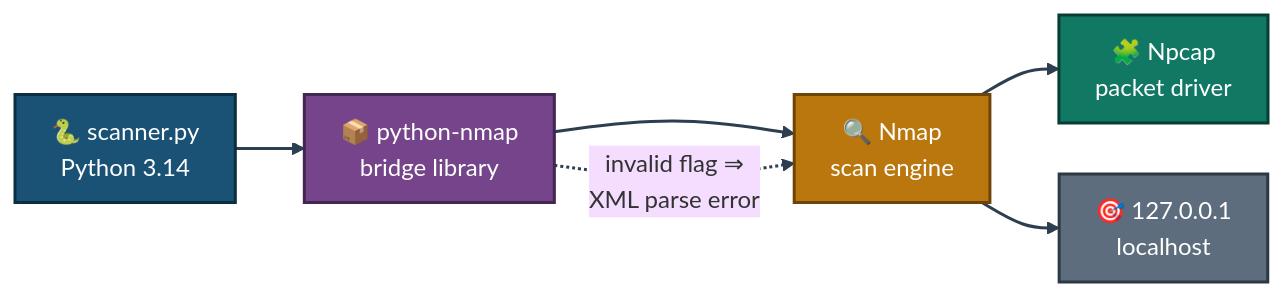
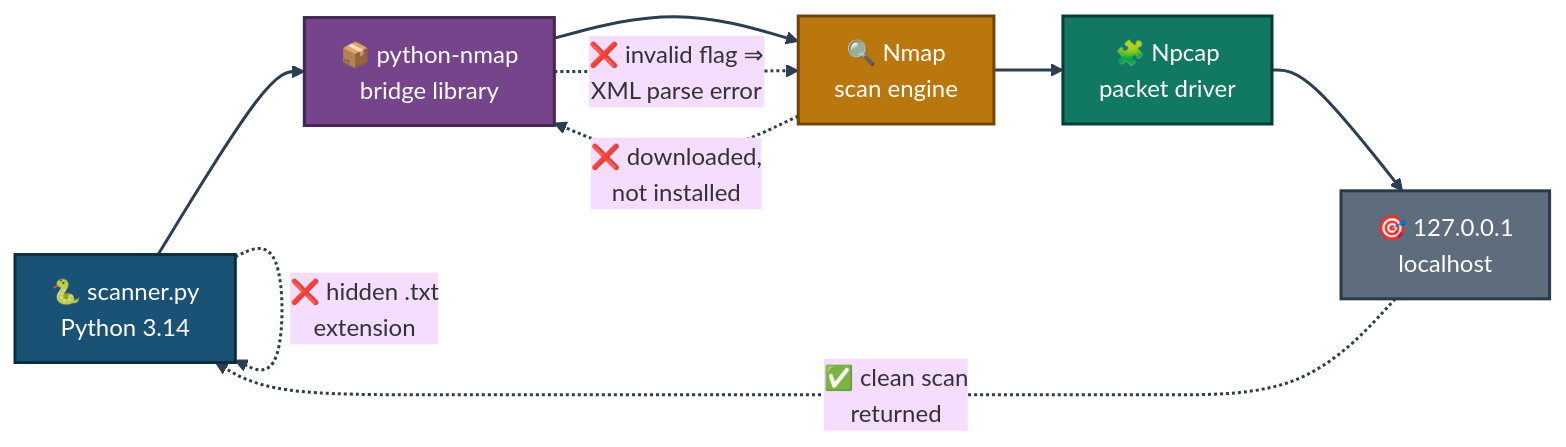
The first of 2 diagrams in 1-Foundational-Projects/project-03-automated-port-scanner/README.md (malaika-azhar/Cybersecurity-Lab-Projects), drawn with Mermaid before and after one commit. The commit also changed other lines of this file, not shown here.

````diff
--- a/1-Foundational-Projects/project-03-automated-port-scanner/README.md
+++ b/1-Foundational-Projects/project-03-automated-port-scanner/README.md
@@ -113,15 +113,18 @@
 ```mermaid
 %%{init: {'theme': 'base', 'themeVariables': {'fontSize': '16px'}, 'flowchart': {'nodeSpacing': 34, 'rankSpacing': 46, 'padding': 12}}}%%
 flowchart LR
     PY["🐍 scanner.py<br/>Python 3.14"]:::py --> LIB["📦 python-nmap<br/>bridge library"]:::lib
     LIB --> NMAP["🔍 Nmap<br/>scan engine"]:::nmap
     NMAP --> NPCAP["🧩 Npcap<br/>packet driver"]:::drv
-    NMAP --> TARGET["🎯 127.0.0.1<br/>localhost"]:::target
-    LIB -.->|"invalid flag ⇒<br/>XML parse error"| NMAP
+    NPCAP --> TARGET["🎯 127.0.0.1<br/>localhost"]:::target
+    PY -.->|"❌ hidden .txt<br/>extension"| PY
+    NMAP -.->|"❌ downloaded,<br/>not installed"| LIB
+    LIB -.->|"❌ invalid flag ⇒<br/>XML parse error"| NMAP
+    TARGET -.->|"✅ clean scan<br/>returned"| PY
     classDef py fill:#1A5276,stroke:#0B2E43,stroke-width:2px,color:#FFFFFF
     classDef lib fill:#76448A,stroke:#432752,stroke-width:2px,color:#FFFFFF
     classDef nmap fill:#B9770E,stroke:#6E4409,stroke-width:2px,color:#FFFFFF
     classDef drv fill:#117864,stroke:#083D33,stroke-width:2px,color:#FFFFFF
     classDef target fill:#5D6D7E,stroke:#2C3844,stroke-width:2px,color:#FFFFFF
     linkStyle default stroke:#2C3E50,stroke-width:2px
 ```
````
